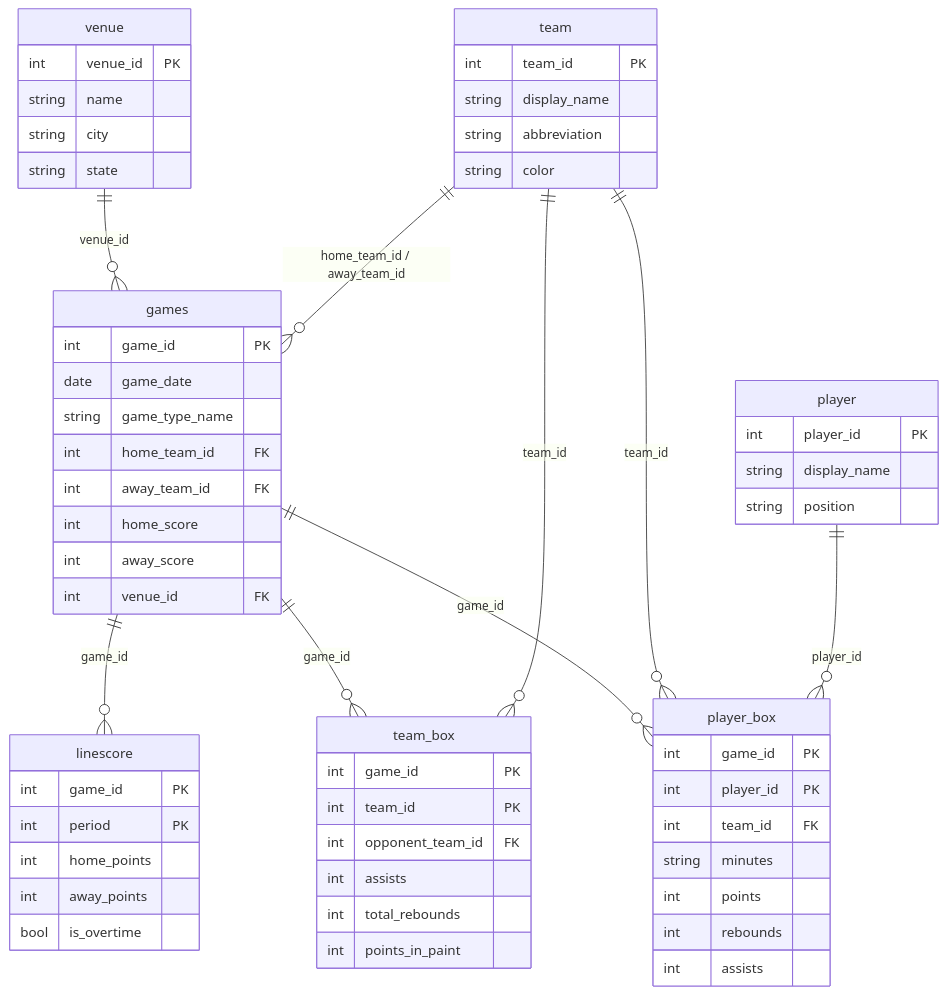
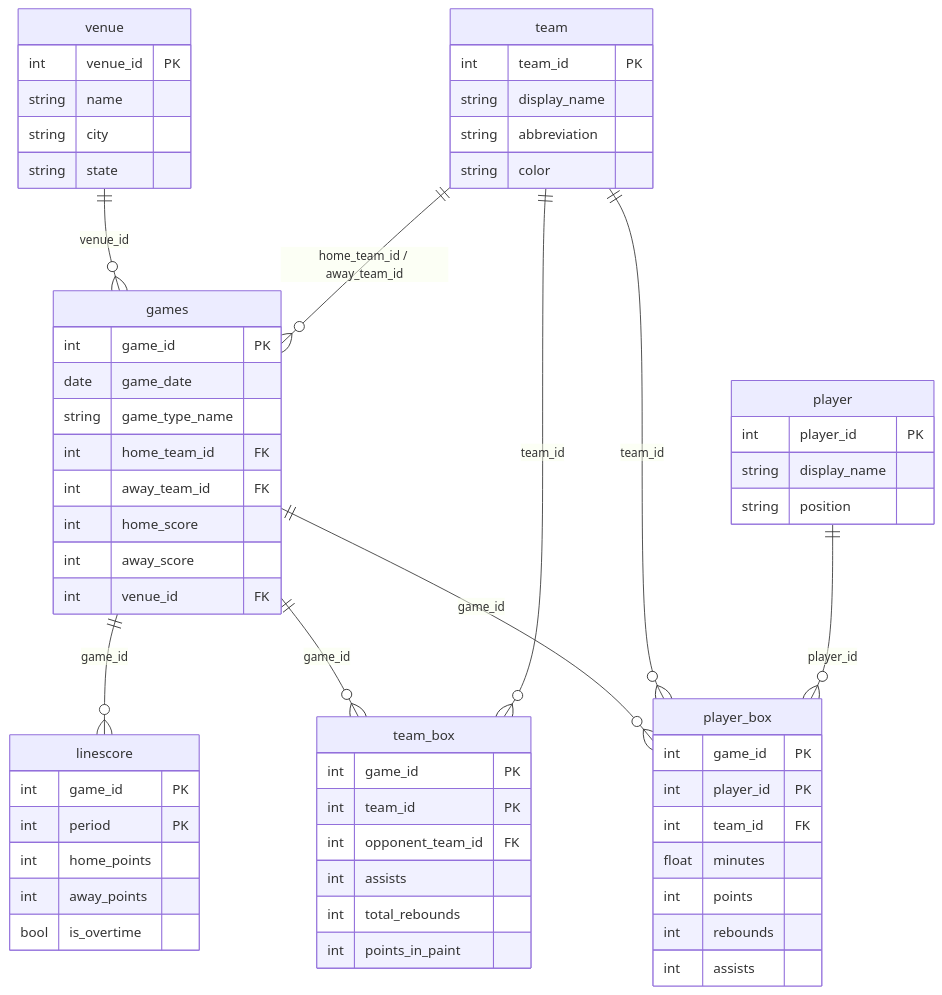
The second of 2 diagrams in README.md (anabbarbosa/wnba_engineering), drawn with Mermaid before and after one commit. The commit also changed other lines of this file and 2 other files, not shown here.

````diff
--- a/README.md
+++ b/README.md
@@ -46,63 +46,63 @@
 ```mermaid
 erDiagram
     games ||--o{ linescore : "game_id"
     games ||--o{ team_box : "game_id"
     games ||--o{ player_box : "game_id"
     venue ||--o{ games : "venue_id"
     team ||--o{ games : "home_team_id / away_team_id"
     team ||--o{ team_box : "team_id"
     team ||--o{ player_box : "team_id"
     player ||--o{ player_box : "player_id"
 
     games {
         int game_id PK
         date game_date
         string game_type_name
         int home_team_id FK
         int away_team_id FK
         int home_score
         int away_score
         int venue_id FK
     }
     linescore {
         int game_id PK
         int period PK
         int home_points
         int away_points
         bool is_overtime
     }
     team_box {
         int game_id PK
         int team_id PK
         int opponent_team_id FK
         int assists
         int total_rebounds
         int points_in_paint
     }
     player_box {
         int game_id PK
         int player_id PK
         int team_id FK
-        string minutes
+        float minutes
         int points
         int rebounds
         int assists
     }
     team {
         int team_id PK
         string display_name
         string abbreviation
         string color
     }
     player {
         int player_id PK
         string display_name
         string position
     }
     venue {
         int venue_id PK
         string name
         string city
         string state
     }
 ```
````
